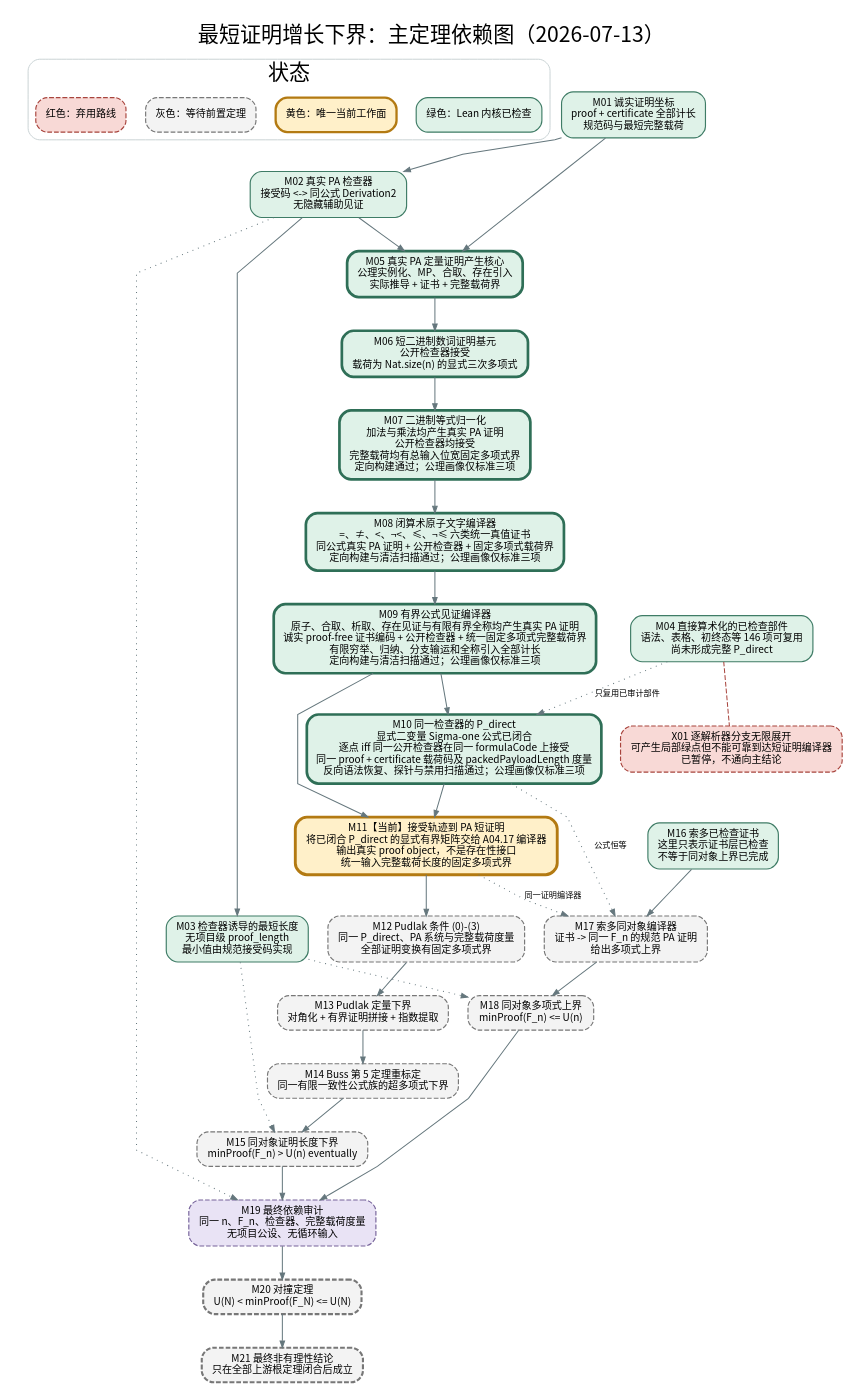
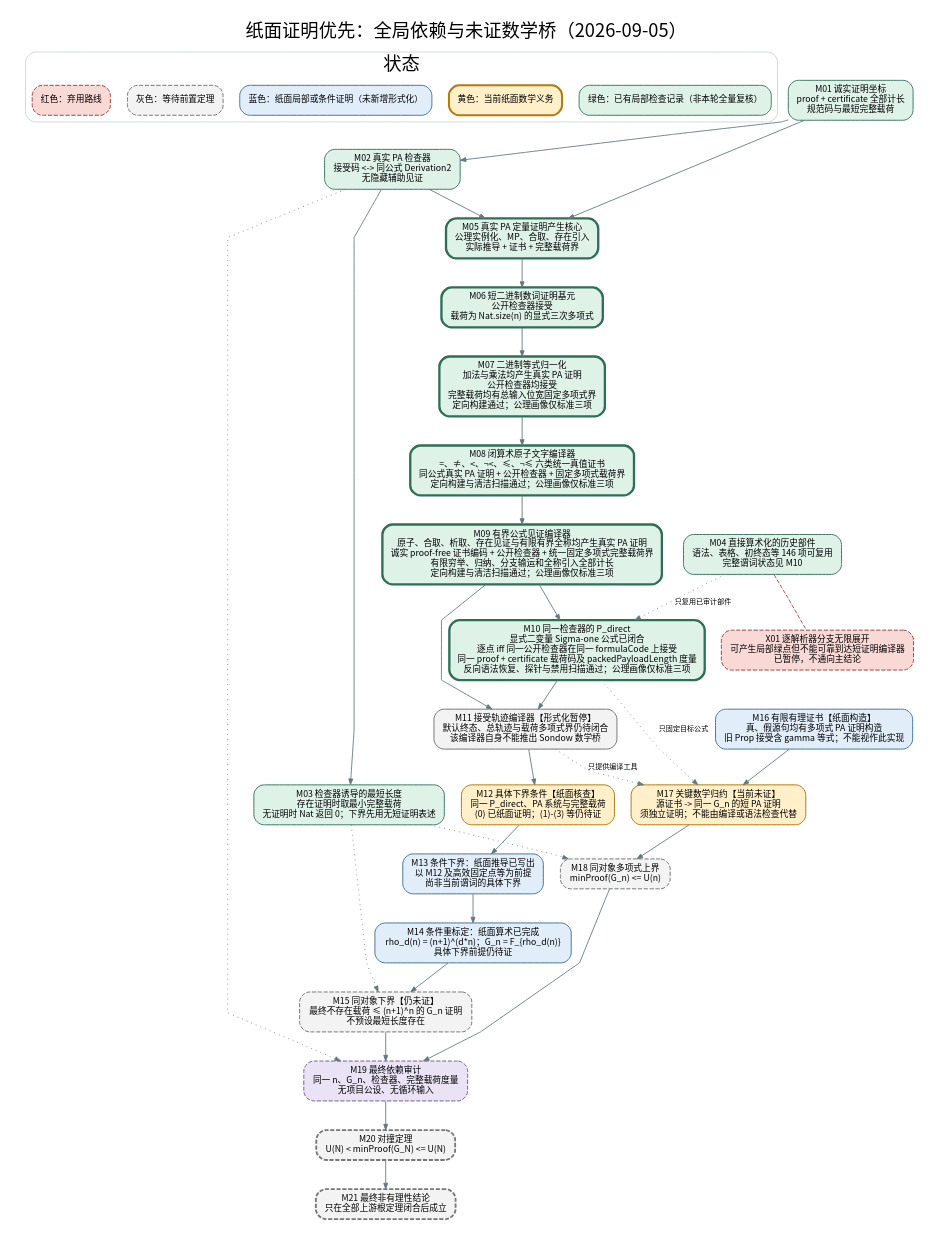
Before and after one commit to james130012/sondow-pudlak-collision-box: the diagram in docs/checked_minproof_theorem_dependency_graph_zh.dot, drawn with Graphviz. The commit also changed 290 other files, not shown here.

```diff
--- a/docs/checked_minproof_theorem_dependency_graph_zh.dot
+++ b/docs/checked_minproof_theorem_dependency_graph_zh.dot
@@ -12,7 +12,7 @@
     ratio=compress,
     fontname="Noto Sans CJK SC",
     fontsize=22,
-    label="最短证明增长下界：主定理依赖图（2026-07-13）",
+    label="纸面证明优先：全局依赖与未证数学桥（2026-09-05）",
     labelloc="t"
   ];
   node [
@@ -37,8 +37,9 @@
     label="状态";
     color="#c8d1d4";
     style="rounded";
-    legend_done [label="绿色：Lean 内核已检查", fillcolor="#dff2e8", color="#3f7c66"];
-    legend_active [label="黄色：唯一当前工作面", fillcolor="#fff0c9", color="#b37a12", penwidth=2.4];
+    legend_done [label="绿色：已有局部检查记录（非本轮全量复核）", fillcolor="#dff2e8", color="#3f7c66"];
+    legend_active [label="黄色：当前纸面数学义务", fillcolor="#fff0c9", color="#b37a12", penwidth=2.4];
+    legend_paper [label="蓝色：纸面局部或条件证明（未新增形式化）", fillcolor="#e1edf9", color="#47799e"];
     legend_pending [label="灰色：等待前置定理", style="rounded,filled,dashed", color="#777777"];
     legend_rejected [label="红色：弃用路线", fillcolor="#f8d9d6", color="#a8443d", style="rounded,filled,dashed"];
   }
@@ -67,7 +68,7 @@
     source="integration/FoundationCompactListedMinProofLength.lean",
     appendix="checked_minproof_appendix_01_syntax_coordinate_zh.dot",
     next_obligation="none",
-    label="M03 检查器诱导的最短长度\n无项目级 proof_length\n最小值由规范接受码实现",
+    label="M03 检查器诱导的最短长度\n存在证明时取最小完整载荷\n无证明时 Nat 返回 0；下界先用无短证明表述",
     fillcolor="#dff2e8", color="#3f7c66"
   ];
 
@@ -76,8 +77,8 @@
     endpoint_theorem="146 checked direct-arithmeticization components",
     source="docs/checked_minproof_theorem_dependency_graph_legacy_20260712_zh.dot",
     appendix="checked_minproof_appendix_03_verifier_predicate_zh.dot",
-    next_obligation="reuse only after the generic proof compiler exists",
-    label="M04 直接算术化的已检查部件\n语法、表格、初终态等 146 项可复用\n尚未形成完整 P_direct",
+    next_obligation="historical reusable components; direct predicate is tracked at M10",
+    label="M04 直接算术化的历史部件\n语法、表格、初终态等 146 项可复用\n完整谓词状态见 M10",
     fillcolor="#dff2e8", color="#3f7c66"
   ];
   branch_route [
@@ -145,77 +146,81 @@
     fillcolor="#dff2e8", color="#2f6f57", penwidth=2.8
   ];
   accepted_trace [
-    node_id="M11", status="active",
+    node_id="M11", status="formalization_paused",
     endpoint_theorem="accepted trace -> short certified PA proof of P_direct instance",
     source="integration/FoundationCompactPABoundedFormulaCompiler.lean + integration/FoundationCompactNumericListedDirectProofPredicateExactness.lean",
     appendix="checked_minproof_appendix_04_pa_quantitative_compiler_zh.dot",
-    next_obligation="instantiate the checked bounded-formula compiler at the fixed P_direct matrix",
-    label="M11【当前】接受轨迹到 PA 短证明\n将已闭合 P_direct 的显式有界矩阵交给 A04.17 编译器\n输出真实 proof object，不是存在性接口\n统一输入完整载荷长度的固定多项式界",
-    fillcolor="#fff0c9", color="#b37a12", penwidth=3.0
+    next_obligation="resume after complete paper proof; direct trace and payload bound remain open",
+    label="M11 接受轨迹编译器【形式化暂停】\n默认终态、总轨迹与载荷多项式界仍待闭合\n该编译器自身不能推出 Sondow 数学桥",
+    fillcolor="#f3f3f3", color="#777777", penwidth="1.2"
   ];
 
   pudlak_conditions [
-    node_id="M12", status="pending",
+    fillcolor="#fff0c9",
+    node_id="M12", status="paper_open",
     endpoint_theorem="Pudlak quantitative conditions (0)-(3)",
-    source="planned",
+    source="paper/full_paper_proof_working_zh.md sections 5-6",
     appendix="checked_minproof_appendix_05_pudlak_collision_zh.dot",
-    next_obligation="wait for M11",
-    label="M12 Pudlak 条件 (0)-(3)\n同一 P_direct、PA 系统与完整载荷度量\n全部证明变换有固定多项式界",
-    style="rounded,filled,dashed", color="#777777"
+    next_obligation="prove concrete conditions (1)-(3) and remaining quantitative encoding assumptions; fixed point is now proved on paper",
+    label="M12 具体下界条件【纸面核查】\n同一 P_direct、PA 系统与完整载荷\n(0) 已纸面证明；(1)-(3) 等仍待证",
+    style="rounded,filled", color="#b37a12"
   ];
   pudlak_theorem [
-    node_id="M13", status="pending",
+    fillcolor="#e1edf9",
+    node_id="M13", status="paper_conditional",
     endpoint_theorem="Pudlak 1986 Theorem 3.1",
-    source="planned",
+    source="paper/full_paper_proof_working_zh.md section 6",
     appendix="checked_minproof_appendix_05_pudlak_collision_zh.dot",
     next_obligation="quantitative diagonalization and bounded proof assembly",
-    label="M13 Pudlak 定量下界\n对角化 + 有界证明拼接 + 指数提取",
-    style="rounded,filled,dashed", color="#777777"
+    label="M13 条件下界：纸面推导已写出\n以 M12 及高效固定点等为前提\n尚非当前谓词的具体下界",
+    style="rounded,filled", color="#47799e"
   ];
   buss_theorem [
-    node_id="M14", status="pending",
-    endpoint_theorem="Buss 1994 Theorem 5 rescaling",
-    source="planned",
+    fillcolor="#e1edf9",
+    node_id="M14", status="paper_conditional",
+    endpoint_theorem="perfect-power rescaling after concrete Pudlak lower bound",
+    source="paper/full_paper_proof_working_zh.md section 6",
     appendix="checked_minproof_appendix_05_pudlak_collision_zh.dot",
     next_obligation="wait for M13",
-    label="M14 Buss 第 5 定理重标定\n同一有限一致性公式族的超多项式下界",
-    style="rounded,filled,dashed", color="#777777"
+    label="M14 条件重标定：纸面算术已完成\nrho_d(n) = (n+1)^(d*n)；G_n = F_{rho_d(n)}\n具体下界前提仍待证",
+    style="rounded,filled", color="#47799e"
   ];
   lower [
     node_id="M15", status="pending",
-    endpoint_theorem="eventual super-polynomial min-proof lower bound",
+    endpoint_theorem="eventually no accepted G_n proof with payload at most (n+1)^n",
     source="planned",
     appendix="checked_minproof_appendix_05_pudlak_collision_zh.dot",
     next_obligation="wait for M14",
-    label="M15 同对象证明长度下界\nminProof(F_n) > U(n) eventually",
+    label="M15 同对象下界【仍未证】\n最终不存在载荷 ≤ (n+1)^n 的 G_n 证明\n不预设最短长度存在",
     style="rounded,filled,dashed", color="#777777"
   ];
 
   sondow_cert [
-    node_id="M16", status="done_boundary",
-    endpoint_theorem="checked Sondow certificates",
-    source="existing Sondow route",
+    node_id="M16", status="paper_source",
+    endpoint_theorem="finite rational checker and short ground PA source proofs on paper",
+    source="paper/full_paper_proof_working_zh.md sections 3-4",
     appendix="checked_minproof_appendix_05_pudlak_collision_zh.dot",
-    next_obligation="same-object compiler still required",
-    label="M16 索多已检查证书\n这里只表示证书层已检查\n不等于同对象上界已完成",
-    fillcolor="#dff2e8", color="#3f7c66"
+    next_obligation="independent number-theoretic reduction to G_n",
+    label="M16 有限有理证书【纸面构造】\n真、假源句均有多项式 PA 证明构造\n旧 Prop 接受含 gamma 等式；不能视作此实现",
+    fillcolor="#e1edf9", color="#47799e"
   ];
   sondow_bridge [
-    node_id="M17", status="pending",
-    endpoint_theorem="Sondow certificate -> proof of the same F_n",
-    source="planned",
+    fillcolor="#fff0c9",
+    node_id="M17", status="paper_open",
+    endpoint_theorem="independent short PA implication from Sondow source to same G_n",
+    source="paper/full_paper_proof_working_zh.md section 7",
     appendix="checked_minproof_appendix_05_pudlak_collision_zh.dot",
-    next_obligation="wait for formula identity M10 and proof compiler M11",
-    label="M17 索多同对象编译器\n证书 -> 同一 F_n 的规范 PA 证明\n给出多项式上界",
-    style="rounded,filled,dashed", color="#777777"
+    next_obligation="supply independent mathematical reduction; M10 and M11 do not imply it",
+    label="M17 关键数学归约【当前未证】\n源证书 -> 同一 G_n 的短 PA 证明\n须独立证明；不能由编译或语法检查代替",
+    style="rounded,filled", color="#b37a12"
   ];
   upper [
     node_id="M18", status="pending",
-    endpoint_theorem="minProof(F_n) <= U(n)",
+    endpoint_theorem="minProof(G_n) <= U(n)",
     source="planned",
     appendix="checked_minproof_appendix_05_pudlak_collision_zh.dot",
     next_obligation="wait for M17",
-    label="M18 同对象多项式上界\nminProof(F_n) <= U(n)",
+    label="M18 同对象多项式上界\nminProof(G_n) <= U(n)",
     style="rounded,filled,dashed", color="#777777"
   ];
   audit_gate [
@@ -224,16 +229,16 @@
     source="planned",
     appendix="checked_minproof_appendix_05_pudlak_collision_zh.dot",
     next_obligation="wait for M15 and M18",
-    label="M19 最终依赖审计\n同一 n、F_n、检查器、完整载荷度量\n无项目公设、无循环输入",
+    label="M19 最终依赖审计\n同一 n、G_n、检查器、完整载荷度量\n无项目公设、无循环输入",
     fillcolor="#e9e3f5", color="#76639a", style="rounded,filled,dashed"
   ];
   collision [
     node_id="M20", status="pending",
-    endpoint_theorem="U(N) < minProof(F_N) <= U(N)",
+    endpoint_theorem="U(N) < minProof(G_N) <= U(N)",
     source="planned",
     appendix="checked_minproof_appendix_05_pudlak_collision_zh.dot",
     next_obligation="wait for M19",
-    label="M20 对撞定理\nU(N) < minProof(F_N) <= U(N)",
+    label="M20 对撞定理\nU(N) < minProof(G_N) <= U(N)",
     fillcolor="#f3f3f3", color="#777777", style="rounded,filled,dashed", penwidth=2.2
   ];
   final [
@@ -258,8 +263,8 @@
   accepted_trace -> pudlak_conditions -> pudlak_theorem -> buss_theorem -> lower;
   minmeasure -> lower [style=dotted];
   sondow_cert -> sondow_bridge -> upper;
-  direct_predicate -> sondow_bridge [style=dotted, label="公式恒等"];
-  accepted_trace -> sondow_bridge [style=dotted, label="同一证明编译器"];
+  direct_predicate -> sondow_bridge [style=dotted, label="只固定目标公式"];
+  accepted_trace -> sondow_bridge [style=dotted, label="只提供编译工具"];
   minmeasure -> upper [style=dotted];
   lower -> audit_gate;
   upper -> audit_gate;
```
